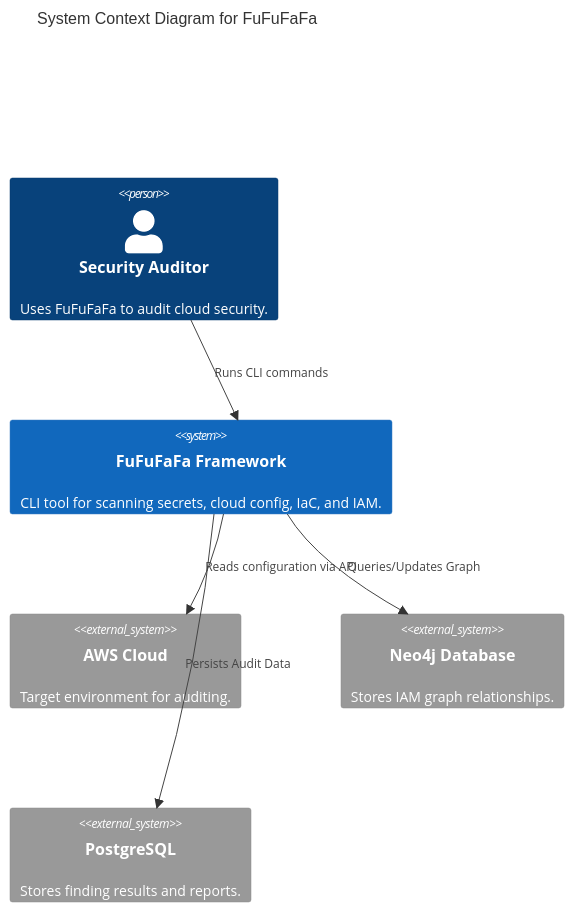
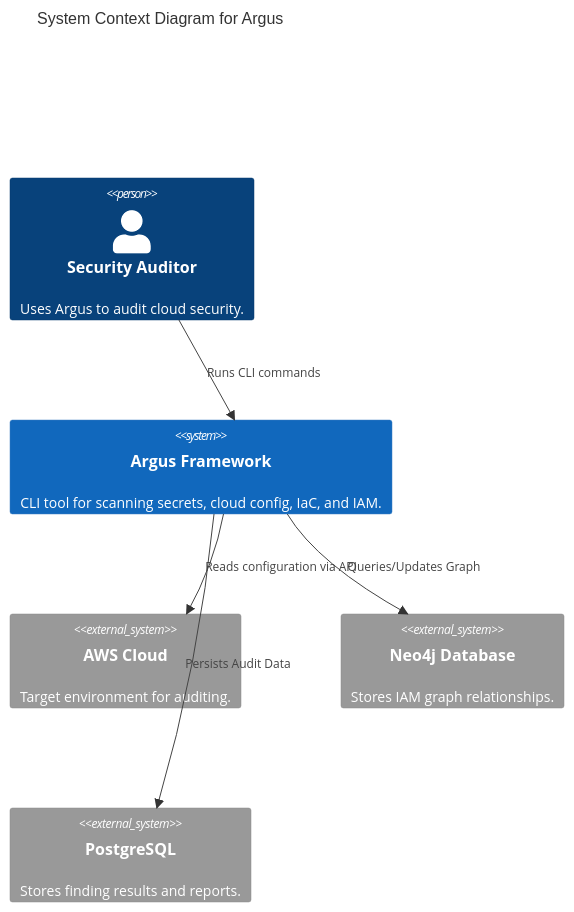
Before and after one commit to Garyson26/Argus-Framework: the second of 2 diagrams in README.md, drawn with Mermaid. The commit also changed other lines of this file and 56 other files, not shown here.

````diff
--- a/README.md
+++ b/README.md
@@ -202,16 +202,16 @@
 ```mermaid
 C4Context
-    title System Context Diagram for FuFuFaFa
+    title System Context Diagram for Argus
 
-    Person(user, "Security Auditor", "Uses FuFuFaFa to audit cloud security.")
-    System(fufufafa, "FuFuFaFa Framework", "CLI tool for scanning secrets, cloud config, IaC, and IAM.")
+    Person(user, "Security Auditor", "Uses Argus to audit cloud security.")
+    System(argus, "Argus Framework", "CLI tool for scanning secrets, cloud config, IaC, and IAM.")
     
     System_Ext(aws, "AWS Cloud", "Target environment for auditing.")
     System_Ext(neo4j, "Neo4j Database", "Stores IAM graph relationships.")
     System_Ext(postgres, "PostgreSQL", "Stores finding results and reports.")
     
-    Rel(user, fufufafa, "Runs CLI commands")
-    Rel(fufufafa, aws, "Reads configuration via API")
-    Rel(fufufafa, neo4j, "Queries/Updates Graph")
-    Rel(fufufafa, postgres, "Persists Audit Data")
+    Rel(user, argus, "Runs CLI commands")
+    Rel(argus, aws, "Reads configuration via API")
+    Rel(argus, neo4j, "Queries/Updates Graph")
+    Rel(argus, postgres, "Persists Audit Data")
 ```
````
